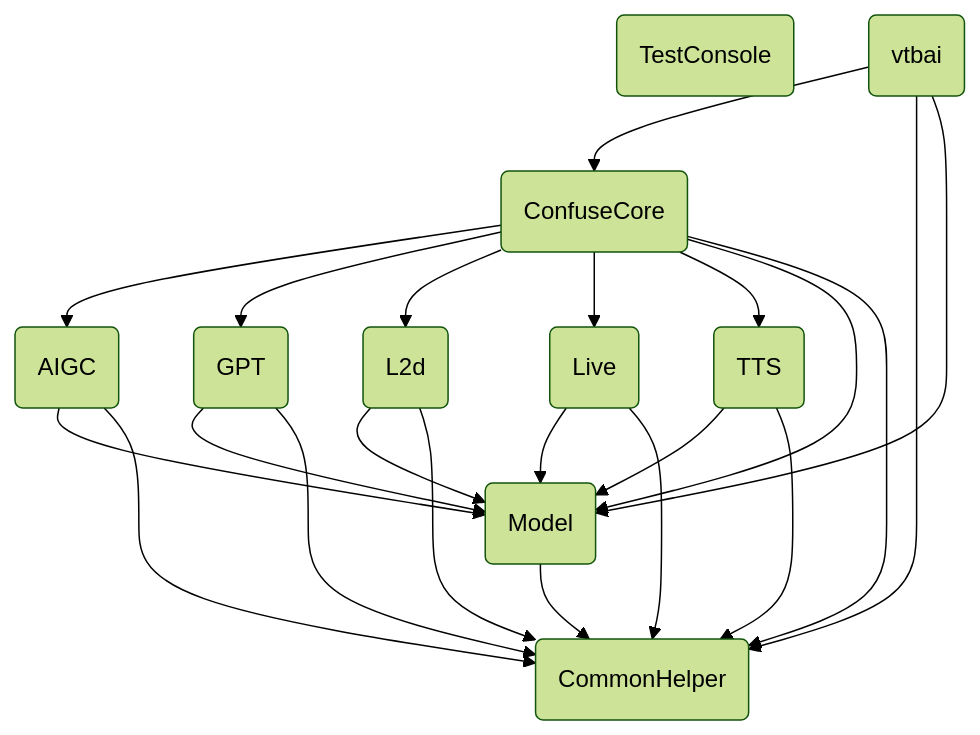
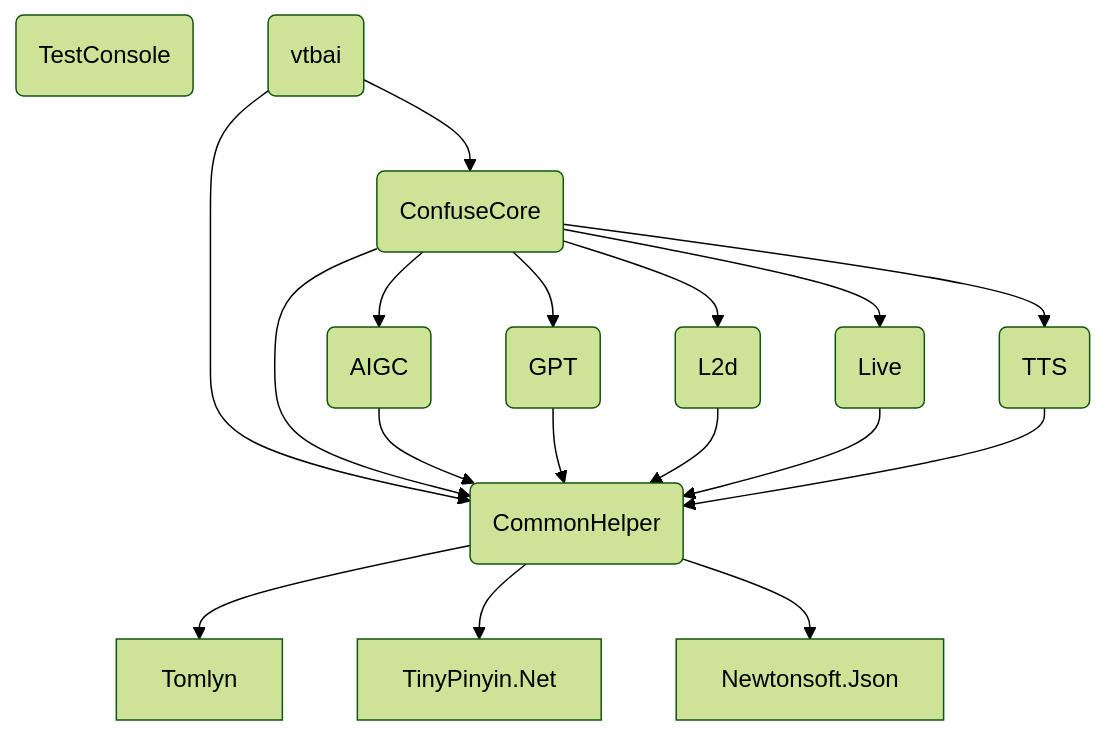
Before and after one commit to newreport/vtbai: the diagram in README.md, drawn with Mermaid (forest theme). The commit also changed other lines of this file and 30 other files, not shown here.

````diff
--- a/README.md
+++ b/README.md
@@ -51,46 +95,40 @@
 ```mermaid
     graph TD
     A2(TestConsole)
     A1(vtbai)
 
     B(ConfuseCore)
 
     D1(AIGC)
     D2(GPT)
     D3(L2d)
     D4(Live)
     D5(TTS)
 
-    Y(Model)
-
     Z(CommonHelper)
     A1-->B
     A1-->Z
-    A1-->Y
 
     B-->D1
     B-->D2
     B-->D3
     B-->D4
     B-->D5
-    B-->Y
     B-->Z
 
-    D1-->Y
     D1-->Z
     
-    D2-->Y
     D2-->Z
 
-    D3-->Y
     D3-->Z
 
-    D4-->Y
     D4-->Z
 
-    D5-->Y
     D5-->Z
 
-    Y-->Z
+    Z-->Tomlyn
+    Z-->TinyPinyin.Net
+    Z-->Newtonsoft.Json
+
 
 ```
````
